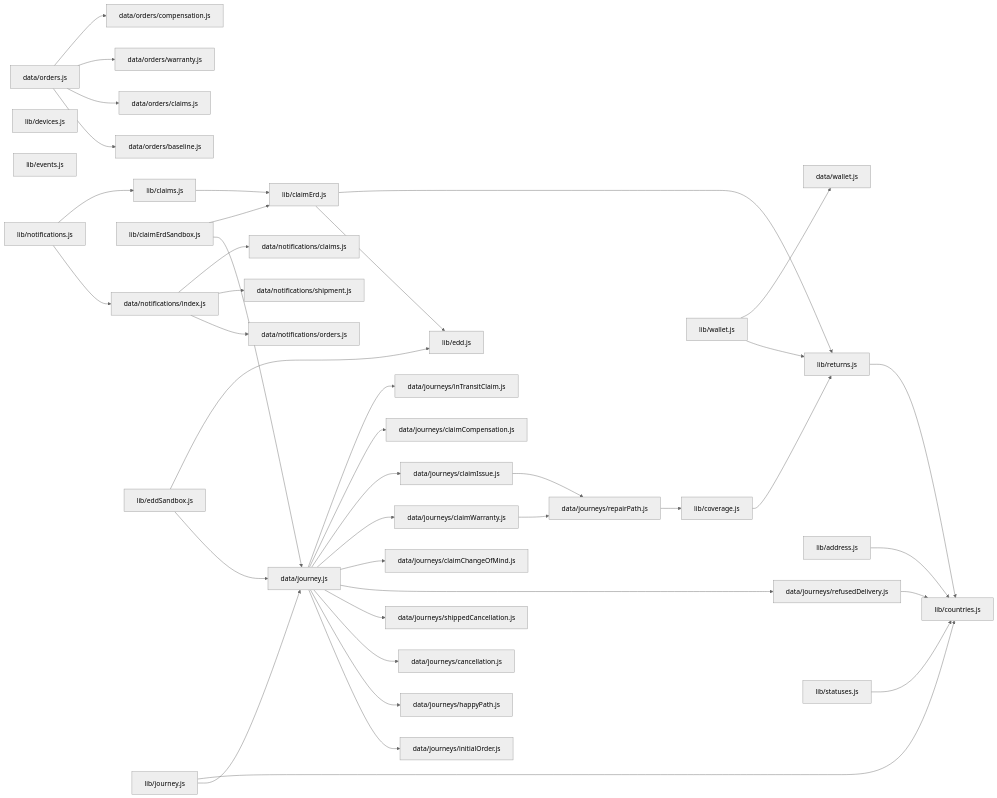
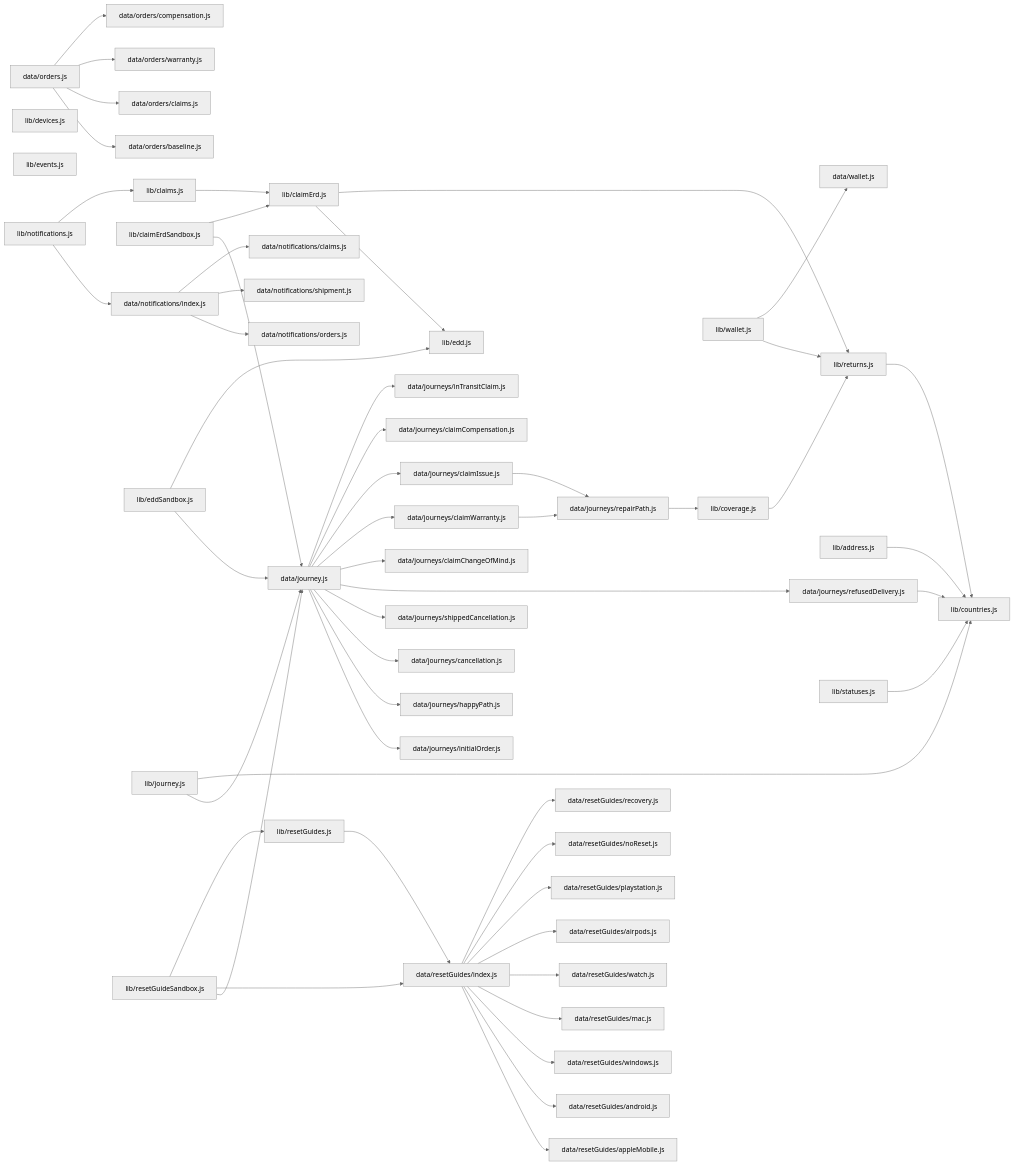
One commit to andrea-revibe/my-account-redesign-v2 changed the diagram in docs/code_map.md. Above: the diagram before and after it, drawn with Mermaid (neutral theme). The commit also changed other lines of this file and 33 other files, not shown here.

First line of the commit message:
feat: guided reset journeys — 7 lock-system guides × Return/Repair

```diff
--- a/docs/code_map.md
+++ b/docs/code_map.md
@@ -283,6 +309,16 @@
   data_orders_claims_js["data/orders/claims.js"]
   data_orders_compensation_js["data/orders/compensation.js"]
   data_orders_warranty_js["data/orders/warranty.js"]
+  data_resetGuides_airpods_js["data/resetGuides/airpods.js"]
+  data_resetGuides_android_js["data/resetGuides/android.js"]
+  data_resetGuides_appleMobile_js["data/resetGuides/appleMobile.js"]
+  data_resetGuides_index_js["data/resetGuides/index.js"]
+  data_resetGuides_mac_js["data/resetGuides/mac.js"]
+  data_resetGuides_noReset_js["data/resetGuides/noReset.js"]
+  data_resetGuides_playstation_js["data/resetGuides/playstation.js"]
+  data_resetGuides_recovery_js["data/resetGuides/recovery.js"]
+  data_resetGuides_watch_js["data/resetGuides/watch.js"]
+  data_resetGuides_windows_js["data/resetGuides/windows.js"]
   data_wallet_js["data/wallet.js"]
   lib_address_js["lib/address.js"]
   lib_claimErd_js["lib/claimErd.js"]
@@ -296,6 +332,8 @@
   lib_events_js["lib/events.js"]
   lib_journey_js["lib/journey.js"]
   lib_notifications_js["lib/notifications.js"]
+  lib_resetGuideSandbox_js["lib/resetGuideSandbox.js"]
+  lib_resetGuides_js["lib/resetGuides.js"]
   lib_returns_js["lib/returns.js"]
   lib_statuses_js["lib/statuses.js"]
   lib_wallet_js["lib/wallet.js"]
@@ -320,6 +358,15 @@
   data_orders_js --> data_orders_claims_js
   data_orders_js --> data_orders_warranty_js
   data_orders_js --> data_orders_compensation_js
+  data_resetGuides_index_js --> data_resetGuides_appleMobile_js
+  data_resetGuides_index_js --> data_resetGuides_android_js
+  data_resetGuides_index_js --> data_resetGuides_windows_js
+  data_resetGuides_index_js --> data_resetGuides_mac_js
+  data_resetGuides_index_js --> data_resetGuides_watch_js
+  data_resetGuides_index_js --> data_resetGuides_airpods_js
+  data_resetGuides_index_js --> data_resetGuides_playstation_js
+  data_resetGuides_index_js --> data_resetGuides_noReset_js
+  data_resetGuides_index_js --> data_resetGuides_recovery_js
   lib_address_js --> lib_countries_js
   lib_claimErd_js --> lib_edd_js
   lib_claimErd_js --> lib_returns_js
@@ -333,6 +380,10 @@
   lib_journey_js --> lib_countries_js
   lib_notifications_js --> data_notifications_index_js
   lib_notifications_js --> lib_claims_js
+  lib_resetGuideSandbox_js --> data_journey_js
+  lib_resetGuideSandbox_js --> data_resetGuides_index_js
+  lib_resetGuideSandbox_js --> lib_resetGuides_js
+  lib_resetGuides_js --> data_resetGuides_index_js
   lib_returns_js --> lib_countries_js
   lib_statuses_js --> lib_countries_js
   lib_wallet_js --> lib_returns_js
```
